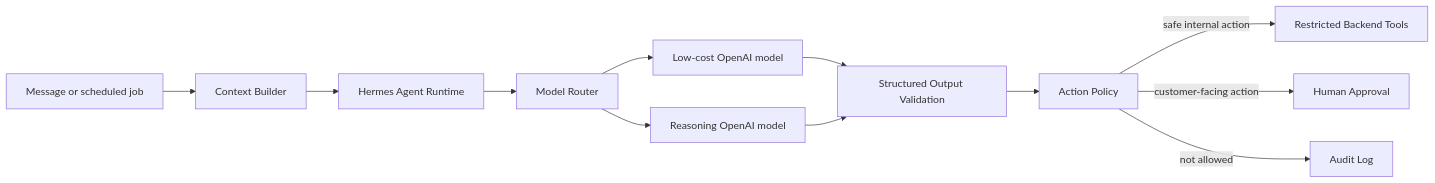
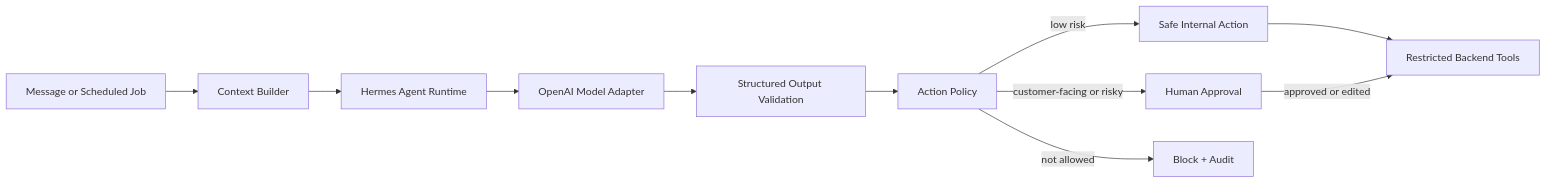
One commit to Metwally-Sayed/ai-sales-automation-architecture changed the fifth of 6 diagrams in README.md. Above: the diagram before and after it, drawn with Mermaid. The commit also changed other lines of this file, not shown here.

Commit message:
docs: replace mega diagram with clear architecture views

````diff
--- a/README.md
+++ b/README.md
@@ -330,14 +249,26 @@
 ```mermaid
 flowchart LR
-    EVENT["Message or scheduled job"] --> CONTEXT["Context Builder"]
-    CONTEXT --> HERMES["Hermes Agent Runtime"]
-    HERMES --> ROUTER["Model Router"]
-    ROUTER --> FAST["Low-cost OpenAI model"]
-    ROUTER --> SMART["Reasoning OpenAI model"]
-    FAST --> VALIDATE["Structured Output Validation"]
-    SMART --> VALIDATE
-    VALIDATE --> POLICY["Action Policy"]
-    POLICY -->|"safe internal action"| TOOLS["Restricted Backend Tools"]
-    POLICY -->|"customer-facing action"| HUMAN["Human Approval"]
-    POLICY -->|"not allowed"| AUDIT["Audit Log"]
+    EVENT["Message or Scheduled Job"]
+    CONTEXT["Context Builder"]
+    HERMES["Hermes Agent Runtime"]
+    MODEL["OpenAI Model Adapter"]
+    VALIDATE["Structured Output Validation"]
+    POLICY["Action Policy"]
+    SAFE["Safe Internal Action"]
+    HUMAN["Human Approval"]
+    BLOCK["Block + Audit"]
+    TOOLS["Restricted Backend Tools"]
+
+    EVENT --> CONTEXT
+    CONTEXT --> HERMES
+    HERMES --> MODEL
+    MODEL --> VALIDATE
+    VALIDATE --> POLICY
+
+    POLICY -->|"low risk"| SAFE
+    POLICY -->|"customer-facing or risky"| HUMAN
+    POLICY -->|"not allowed"| BLOCK
+
+    SAFE --> TOOLS
+    HUMAN -->|"approved or edited"| TOOLS
 ```
````
